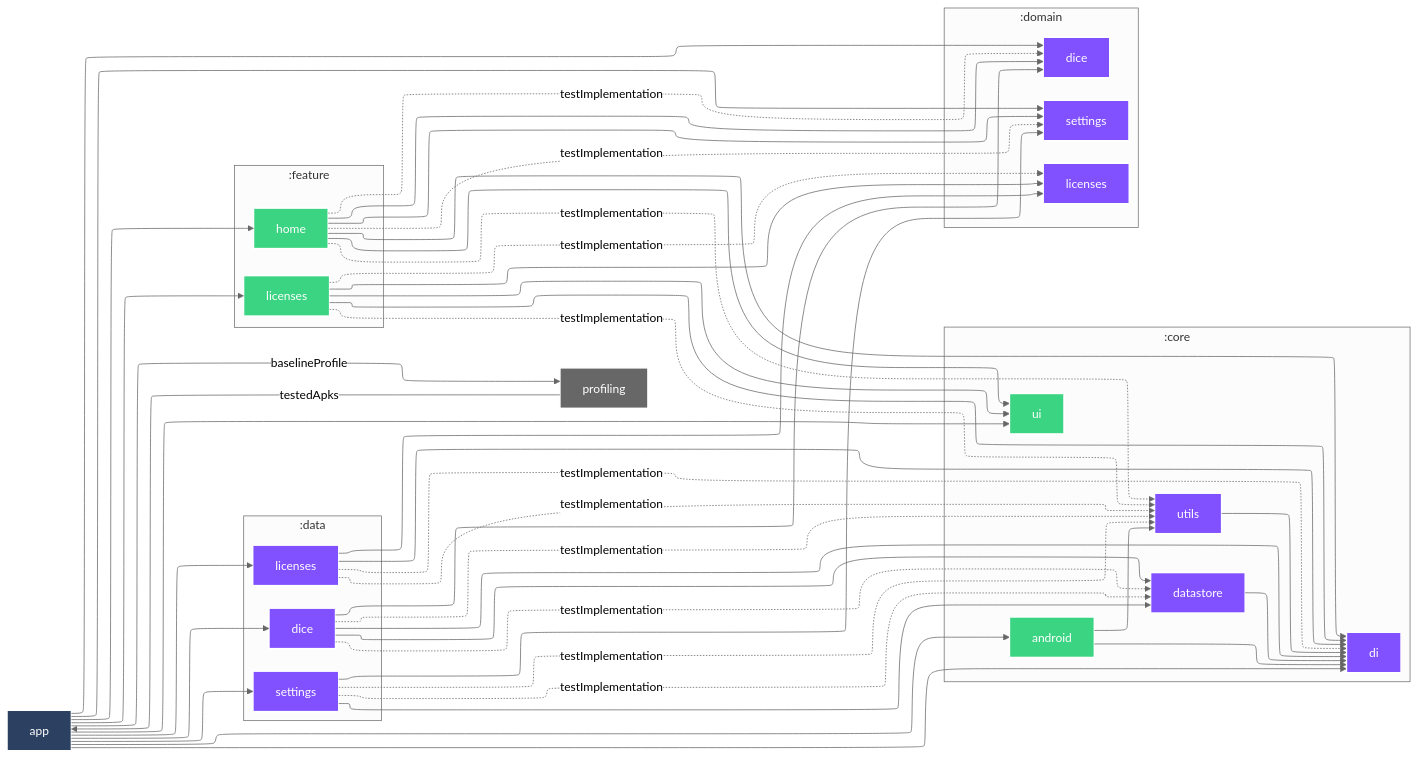
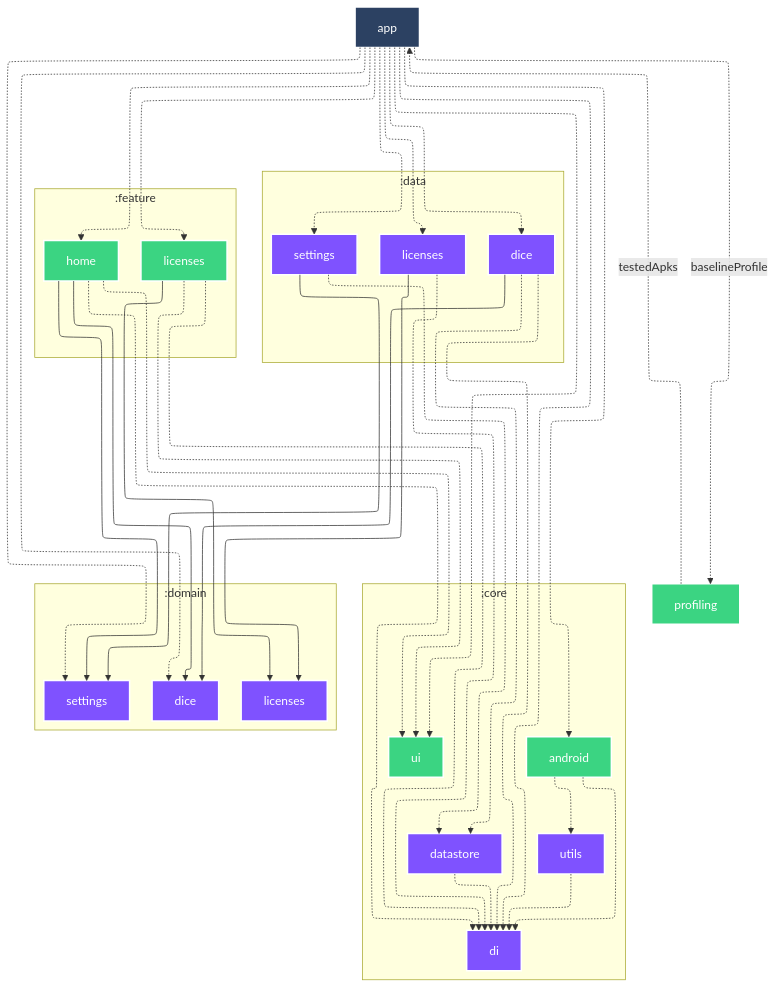
Before and after one commit to SimonMarquis/Android-Playground: the diagram in README.md, drawn with Mermaid. The commit also changed other lines of this file and 19 other files, not shown here.

Commit message:
🆕 Dependency graphs (#221)

````diff
--- a/README.md
+++ b/README.md
@@ -116,109 +118,71 @@
 ---
 config:
   layout: elk
-  theme: neutral
+  elk:
+    nodePlacementStrategy: SIMPLE
 ---
-
-graph LR
-  :profiling["profiling"]
-  :app["app"]
-  :app["app"]
-  :profiling["profiling"]
-  subgraph :data
-    :data:dice["dice"]
-    :data:dice["dice"]
-    :data:licenses["licenses"]
-    :data:settings["settings"]
-    :data:licenses["licenses"]
-    :data:settings["settings"]
-  end
+graph TB
   subgraph :core
-    :core:datastore["datastore"]
-    :core:di["di"]
-    :core:datastore["datastore"]
-    :core:utils["utils"]
-    :core:ui["ui"]
-    :core:android["android"]
-    :core:datastore["datastore"]
-    :core:di["di"]
-    :core:android["android"]
-    :core:utils["utils"]
-    :core:utils["utils"]
+    direction TB
+    :core:android[android]:::android-library
+    :core:datastore[datastore]:::jvm
+    :core:di[di]:::jvm
+    :core:ui[ui]:::android-library
+    :core:utils[utils]:::jvm
   end
   subgraph :domain
-    :domain:dice["dice"]
-    :domain:licenses["licenses"]
-    :domain:licenses["licenses"]
-    :domain:settings["settings"]
-    :domain:dice["dice"]
-    :domain:settings["settings"]
+    direction TB
+    :domain:dice[dice]:::jvm
+    :domain:licenses[licenses]:::jvm
+    :domain:settings[settings]:::jvm
+  end
+  subgraph :data
+    direction TB
+    :data:dice[dice]:::jvm
+    :data:licenses[licenses]:::jvm
+    :data:settings[settings]:::jvm
   end
   subgraph :feature
-    :feature:licenses["licenses"]
-    :feature:home["home"]
-    :feature:licenses["licenses"]
-    :feature:home["home"]
+    direction TB
+    :feature:home[home]:::android-library
+    :feature:licenses[licenses]:::android-library
   end
+  :profiling[profiling]:::android-test
+  :app[app]:::android-application
 
-  :data:dice --> :core:datastore
-  :data:dice --> :core:di
-  :data:dice --> :domain:dice
-  :data:dice -. testImplementation .-> :core:datastore
-  :data:dice -. testImplementation .-> :core:utils
-  :profiling -- testedApks --> :app
-  :feature:licenses --> :core:di
-  :feature:licenses --> :core:ui
-  :feature:licenses --> :domain:licenses
-  :feature:licenses -. testImplementation .-> :domain:licenses
-  :feature:licenses -. testImplementation .-> :core:utils
-  :app -- baselineProfile --> :profiling
-  :app --> :feature:home
-  :app --> :feature:licenses
-  :app --> :core:android
-  :app --> :core:di
-  :app --> :core:ui
-  :app --> :domain:dice
-  :app --> :domain:settings
-  :app --> :data:dice
-  :app --> :data:licenses
-  :app --> :data:settings
-  :core:datastore --> :core:di
-  :data:licenses --> :core:di
-  :data:licenses --> :domain:licenses
-  :data:licenses -. testImplementation .-> :core:di
-  :data:licenses -. testImplementation .-> :core:utils
-  :feature:home --> :core:di
-  :feature:home --> :core:ui
-  :feature:home --> :domain:dice
-  :feature:home --> :domain:settings
-  :feature:home -. testImplementation .-> :core:utils
-  :feature:home -. testImplementation .-> :domain:dice
-  :feature:home -. testImplementation .-> :domain:settings
-  :data:settings --> :core:datastore
-  :data:settings --> :domain:settings
-  :data:settings -. testImplementation .-> :core:datastore
-  :data:settings -. testImplementation .-> :core:utils
-  :core:android --> :core:di
-  :core:android --> :core:utils
-  :core:utils --> :core:di
+  :app -.-> :core:android
+  :app -.-> :core:di
+  :app -.-> :core:ui
+  :app -.-> :data:dice
+  :app -.-> :data:licenses
+  :app -.-> :data:settings
+  :app -.-> :domain:dice
+  :app -.-> :domain:settings
+  :app -.-> :feature:home
+  :app -.-> :feature:licenses
+  :app -.->|baselineProfile| :profiling
+  :core:android -.-> :core:di
+  :core:android -.-> :core:utils
+  :core:datastore -.-> :core:di
+  :core:utils -.-> :core:di
+  :data:dice -.-> :core:datastore
+  :data:dice -.-> :core:di
+  :data:dice ---> :domain:dice
+  :data:licenses -.-> :core:di
+  :data:licenses ---> :domain:licenses
+  :data:settings -.-> :core:datastore
+  :data:settings ---> :domain:settings
+  :feature:home -.-> :core:di
+  :feature:home -.-> :core:ui
+  :feature:home ---> :domain:dice
+  :feature:home ---> :domain:settings
+  :feature:licenses -.-> :core:di
+  :feature:licenses -.-> :core:ui
+  :feature:licenses ---> :domain:licenses
+  :profiling -.->|testedApks| :app
 
-  classDef kotlin-jvm fill:#8150FF,stroke:#fff,stroke-width:2px,color:#fff;
-  classDef unknown fill:#676767,stroke:#fff,stroke-width:2px,color:#fff;
-  classDef android-application fill:#2C4162,stroke:#fff,stroke-width:2px,color:#fff;
-  classDef android-library fill:#3BD482,stroke:#fff,stroke-width:2px,color:#fff;
-  class :data:dice kotlin-jvm
-  class :core:datastore kotlin-jvm
-  class :core:di kotlin-jvm
-  class :domain:dice kotlin-jvm
-  class :core:utils kotlin-jvm
-  class :profiling unknown
-  class :app android-application
-  class :feature:licenses android-library
-  class :core:ui android-library
-  class :domain:licenses kotlin-jvm
-  class :feature:home android-library
-  class :core:android android-library
-  class :domain:settings kotlin-jvm
-  class :data:licenses kotlin-jvm
-  class :data:settings kotlin-jvm
+classDef android-application fill:#2C4162,stroke:#fff,stroke-width:2px,color:#fff;
+classDef android-library fill:#3BD482,stroke:#fff,stroke-width:2px,color:#fff;
+classDef android-test fill:#3BD482,stroke:#fff,stroke-width:2px,color:#fff;
+classDef jvm fill:#7F52FF,stroke:#fff,stroke-width:2px,color:#fff;
 ```
````
